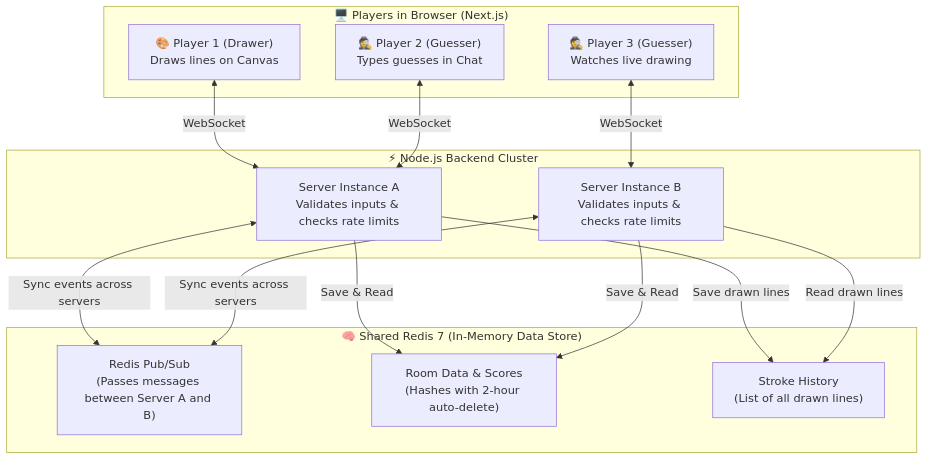
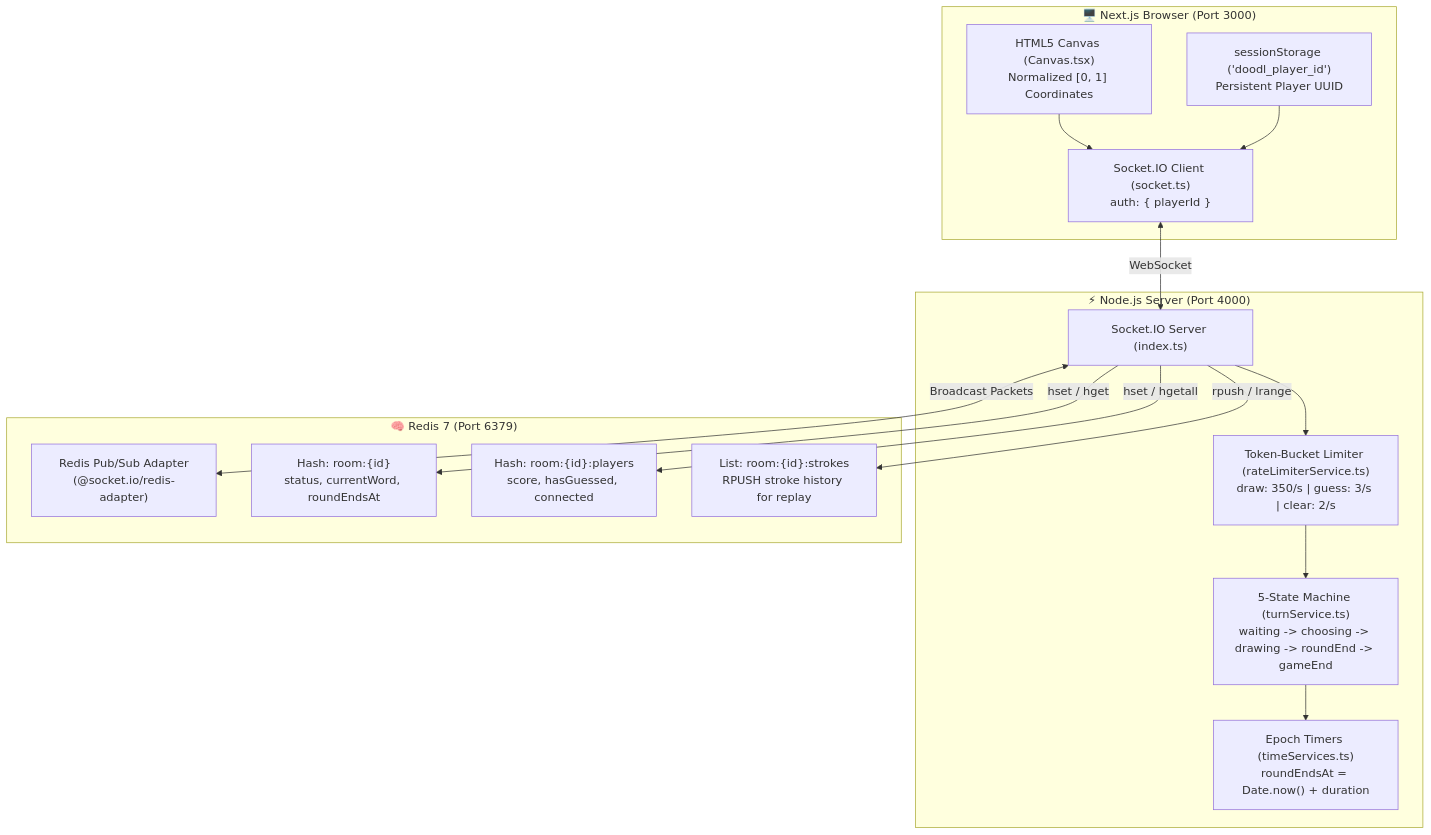
One commit to divyal-11/skribble-clone changed the diagram in ARCHITECTURE_AND_DEFENSE.md. Above: the diagram before and after it, drawn with Mermaid. The commit also changed other lines of this file, not shown here.

Commit message:
docs: streamline architecture guide to strictly match repository codebase without speculative tools

````diff
--- a/ARCHITECTURE_AND_DEFENSE.md
+++ b/ARCHITECTURE_AND_DEFENSE.md
@@ -44,31 +52,35 @@
 ```mermaid
 graph TB
-    subgraph Browsers["🖥️ Players in Browser (Next.js)"]
-        P1["🎨 Player 1 (Drawer)<br/>Draws lines on Canvas"]
-        P2["🕵️ Player 2 (Guesser)<br/>Types guesses in Chat"]
-        P3["🕵️ Player 3 (Guesser)<br/>Watches live drawing"]
+    subgraph Client["🖥️ Next.js Browser (Port 3000)"]
+        Canvas["HTML5 Canvas (Canvas.tsx)<br/>Normalized [0, 1] Coordinates"]
+        Session["sessionStorage ('doodl_player_id')<br/>Persistent Player UUID"]
+        SocketClient["Socket.IO Client (socket.ts)<br/>auth: { playerId }"]
     end
 
-    subgraph Servers["⚡ Node.js Backend Cluster"]
-        Node1["Server Instance A<br/>Validates inputs & checks rate limits"]
-        Node2["Server Instance B<br/>Validates inputs & checks rate limits"]
+    subgraph Server["⚡ Node.js Server (Port 4000)"]
+        SocketServer["Socket.IO Server (index.ts)"]
+        Limiter["Token-Bucket Limiter (rateLimiterService.ts)<br/>draw: 350/s | guess: 3/s | clear: 2/s"]
+        StateMachine["5-State Machine (turnService.ts)<br/>waiting -> choosing -> drawing -> roundEnd -> gameEnd"]
+        TimerService["Epoch Timers (timeServices.ts)<br/>roundEndsAt = Date.now() + duration"]
     end
 
-    subgraph RedisStore["🧠 Shared Redis 7 (In-Memory Data Store)"]
-        PubSub["Redis Pub/Sub<br/>(Passes messages between Server A and B)"]
-        Rooms["Room Data & Scores<br/>(Hashes with 2-hour auto-delete)"]
-        Strokes["Stroke History<br/>(List of all drawn lines)"]
+    subgraph Redis["🧠 Redis 7 (Port 6379)"]
+        RedisPubSub["Redis Pub/Sub Adapter<br/>(@socket.io/redis-adapter)"]
+        RoomHash["Hash: room:{id}<br/>status, currentWord, roundEndsAt"]
+        PlayerHash["Hash: room:{id}:players<br/>score, hasGuessed, connected"]
+        StrokeList["List: room:{id}:strokes<br/>RPUSH stroke history for replay"]
     end
 
-    P1 <-->|WebSocket| Node1
-    P2 <-->|WebSocket| Node1
-    P3 <-->|WebSocket| Node2
+    Canvas --> SocketClient
+    Session --> SocketClient
+    SocketClient <-->|WebSocket| SocketServer
 
-    Node1 <-->|Sync events across servers| PubSub
-    Node2 <-->|Sync events across servers| PubSub
+    SocketServer --> Limiter
+    Limiter --> StateMachine
+    StateMachine --> TimerService
 
-    Node1 -->|Save & Read| Rooms
-    Node1 -->|Save drawn lines| Strokes
-    Node2 -->|Save & Read| Rooms
-    Node2 -->|Read drawn lines| Strokes
+    SocketServer <-->|Broadcast Packets| RedisPubSub
+    SocketServer -->|hset / hget| RoomHash
+    SocketServer -->|hset / hgetall| PlayerHash
+    SocketServer -->|rpush / lrange| StrokeList
 ```
````
